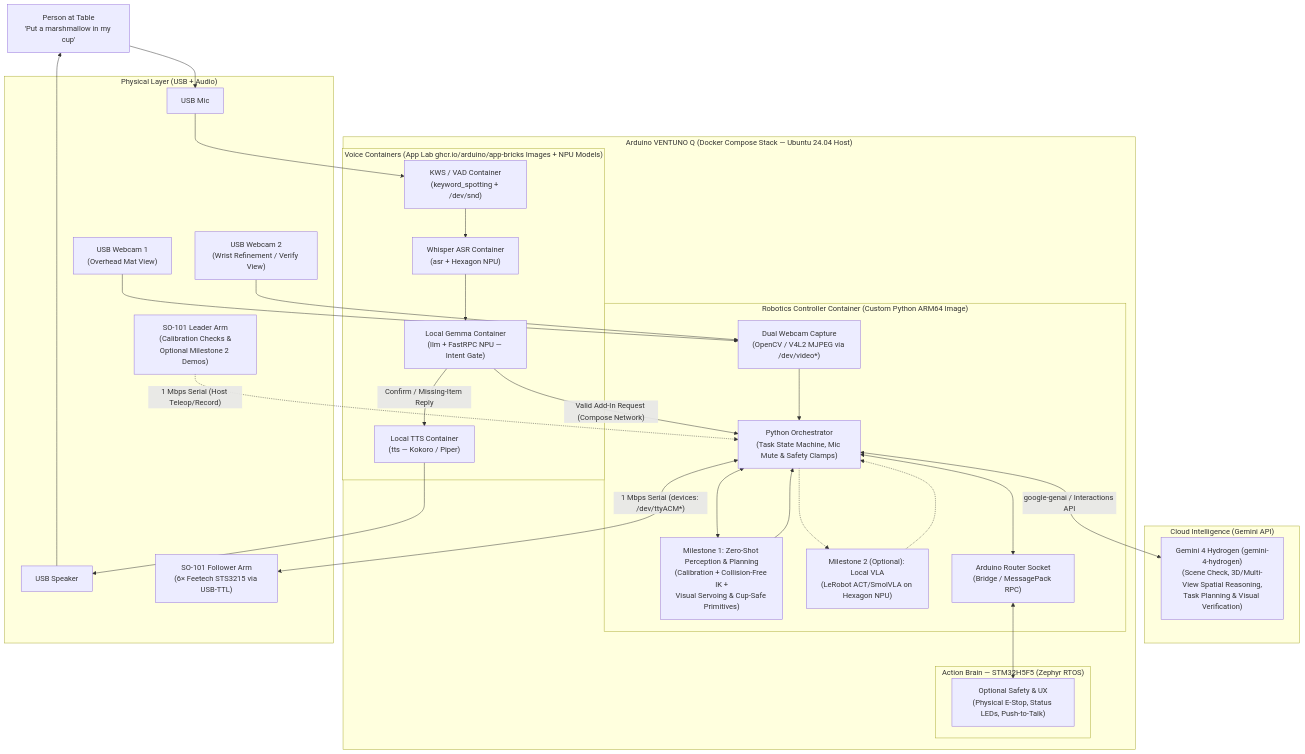
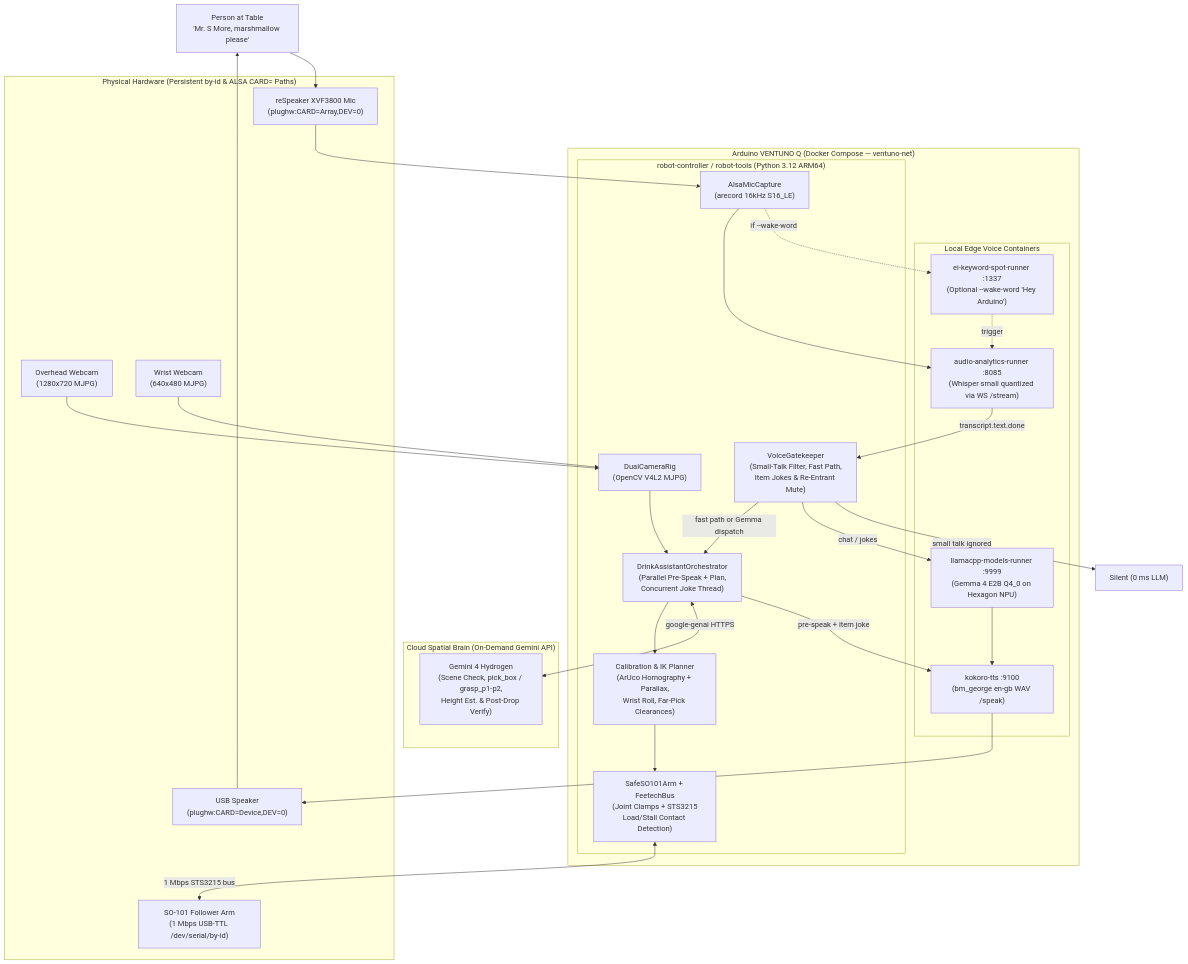
The diagram in PLAN.md (rcpeters/marshmallow-butler), drawn with Mermaid before and after one commit. The commit also changed other lines of this file and 13 other files, not shown here.

````diff
--- a/PLAN.md
+++ b/PLAN.md
@@ -65,49 +65,47 @@
 ```mermaid
 flowchart TB
-    USER["Person at Table\n'Put a marshmallow in my cup'"]
+    USER["Person at Table\n'Mr. S More, marshmallow please'"]
 
-    subgraph Cloud["Cloud Intelligence (Gemini API)"]
-        H4["Gemini 4 Hydrogen (gemini-4-hydrogen)\n(Scene Check, 3D/Multi-View Spatial Reasoning,\nTask Planning & Visual Verification)"]
+    subgraph Cloud["Cloud Spatial Brain (On-Demand Gemini API)"]
+        H4["Gemini 4 Hydrogen\n(Scene Check, pick_box / grasp_p1-p2,\nHeight Est. & Post-Drop Verify)"]
     end
 
-    subgraph VQ["Arduino VENTUNO Q (Docker Compose Stack — Ubuntu 24.04 Host)"]
-        subgraph VOICE["Voice Containers (App Lab ghcr.io/arduino/app-bricks Images + NPU Models)"]
-            KWS["KWS / VAD Container\n(keyword_spotting + /dev/snd)"]
-            ASR["Whisper ASR Container\n(asr + Hexagon NPU)"]
-            GEMMA["Local Gemma Container\n(llm + FastRPC NPU — Intent Gate)"]
-            TTS["Local TTS Container\n(tts — Kokoro / Piper)"]
+    subgraph VQ["Arduino VENTUNO Q (Docker Compose — ventuno-net)"]
+        subgraph VOICE["Local Edge Voice Containers"]
+            KWS["ei-keyword-spot-runner :1337\n(Optional --wake-word 'Hey Arduino')"]
+            ASR["audio-analytics-runner :8085\n(Whisper small quantized via WS /stream)"]
+            GEMMA["llamacpp-models-runner :9999\n(Gemma 4 E2B Q4_0 on Hexagon NPU)"]
+            TTS["kokoro-tts :9100\n(bm_george en-gb WAV /speak)"]
         end
-        subgraph MPU["Robotics Controller Container (Custom Python ARM64 Image)"]
-            ORCH["Python Orchestrator\n(Task State Machine, Mic Mute & Safety Clamps)"]
-            IK["Milestone 1: Zero-Shot Perception & Planning\n(Calibration + Collision-Free IK +\nVisual Servoing & Cup-Safe Primitives)"]
-            VLA["Milestone 2 (Optional): Local VLA\n(LeRobot ACT/SmolVLA on Hexagon NPU)"]
-            CAM["Dual Webcam Capture\n(OpenCV / V4L2 MJPEG via /dev/video*)"]
-            ROUTER["Arduino Router Socket\n(Bridge / MessagePack RPC)"]
-        end
-        subgraph MCU["Action Brain — STM32H5F5 (Zephyr RTOS)"]
-            SAFE["Optional Safety & UX\n(Physical E-Stop, Status LEDs, Push-to-Talk)"]
+
+        subgraph CTRL["robot-controller / robot-tools (Python 3.12 ARM64)"]
+            MIC["AlsaMicCapture\n(arecord 16kHz S16_LE)"]
+            GATE["VoiceGatekeeper\n(Small-Talk Filter, Fast Path,\nItem Jokes & Re-Entrant Mute)"]
+            ORCH["DrinkAssistantOrchestrator\n(Parallel Pre-Speak + Plan,\nConcurrent Joke Thread)"]
+            IK["Calibration & IK Planner\n(ArUco Homography + Parallax,\nWrist Roll, Far-Pick Clearances)"]
+            ARM["SafeSO101Arm + FeetechBus\n(Joint Clamps + STS3215\nLoad/Stall Contact Detection)"]
+            CAM["DualCameraRig\n(OpenCV V4L2 MJPG)"]
         end
     end
 
-    subgraph HW["Physical Layer (USB + Audio)"]
-        MIC["USB Mic"]
-        SPK["USB Speaker"]
-        CAM1["USB Webcam 1\n(Overhead Mat View)"]
-        CAM2["USB Webcam 2\n(Wrist Refinement / Verify View)"]
-        FOLLOWER["SO-101 Follower Arm\n(6× Feetech STS3215 via USB-TTL)"]
-        LEADER["SO-101 Leader Arm\n(Calibration Checks &\nOptional Milestone 2 Demos)"]
+    subgraph HW["Physical Hardware (Persistent by-id & ALSA CARD= Paths)"]
+        RESPEAKER["reSpeaker XVF3800 Mic\n(plughw:CARD=Array,DEV=0)"]
+        SPK["USB Speaker\n(plughw:CARD=Device,DEV=0)"]
+        CAM1["Overhead Webcam\n(1280x720 MJPG)"]
+        CAM2["Wrist Webcam\n(640x480 MJPG)"]
+        FOLLOWER["SO-101 Follower Arm\n(1 Mbps USB-TTL /dev/serial/by-id)"]
     end
 
-    USER --> MIC --> KWS --> ASR --> GEMMA
-    GEMMA -->|"Confirm / Missing-Item Reply"| TTS --> SPK --> USER
-    GEMMA -->|"Valid Add-In Request (Compose Network)"| ORCH
-    ORCH <-->|"google-genai / Interactions API"| H4
-    ORCH <--> IK
-    ORCH -.-> VLA
+    USER --> RESPEAKER --> MIC
+    MIC -. "if --wake-word" .-> KWS -. "trigger" .-> ASR
+    MIC --> ASR
+    ASR -- "transcript.text.done" --> GATE
+    GATE -- "small talk ignored" --> SILENT["Silent (0 ms LLM)"]
+    GATE -- "chat / jokes" --> GEMMA --> TTS
+    GATE -- "fast path or Gemma dispatch" --> ORCH
+    ORCH -- "pre-speak + item joke" --> TTS --> SPK --> USER
     CAM1 & CAM2 --> CAM --> ORCH
-    ORCH <--> ROUTER <--> SAFE
-    IK --> ORCH
-    VLA -.-> ORCH
-    ORCH <-->|"1 Mbps Serial (devices: /dev/ttyACM*)"| FOLLOWER
-    LEADER -.->|"1 Mbps Serial (Host Teleop/Record)"| ORCH
+    ORCH <-- "google-genai HTTPS" --> H4
+    ORCH --> IK --> ARM
+    ARM <-- "1 Mbps STS3215 bus" --> FOLLOWER
 ```
````
